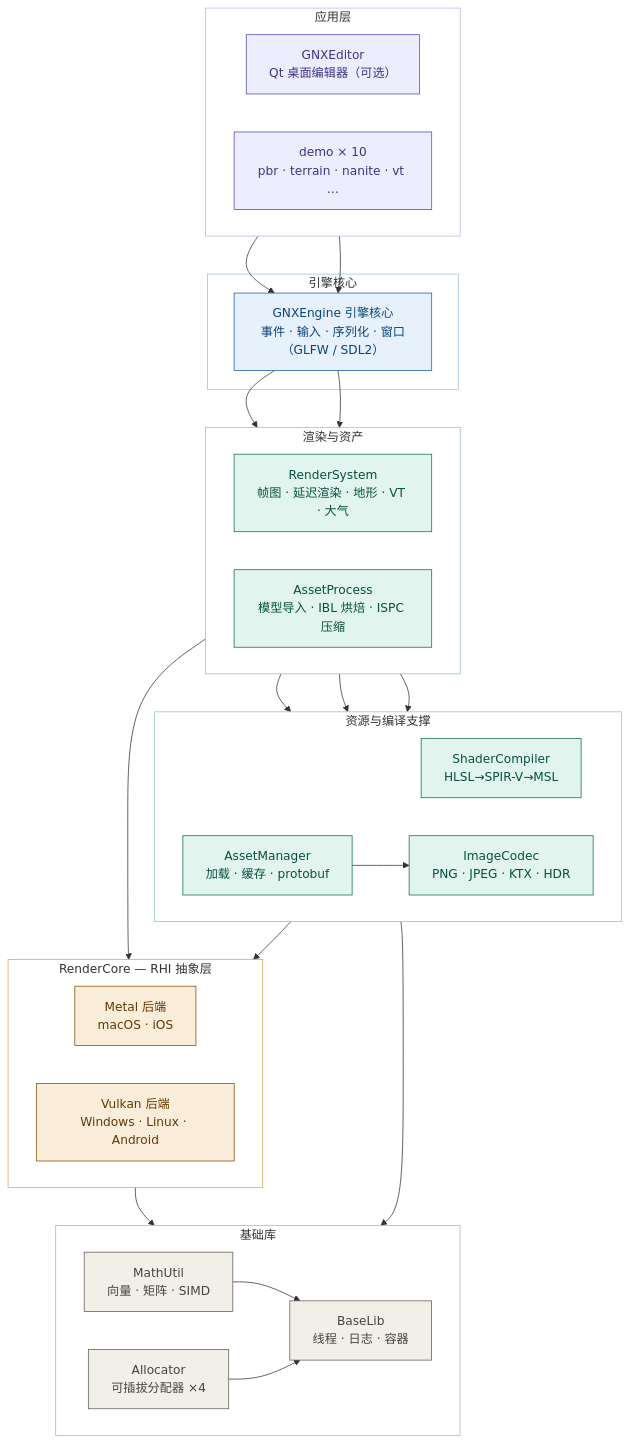
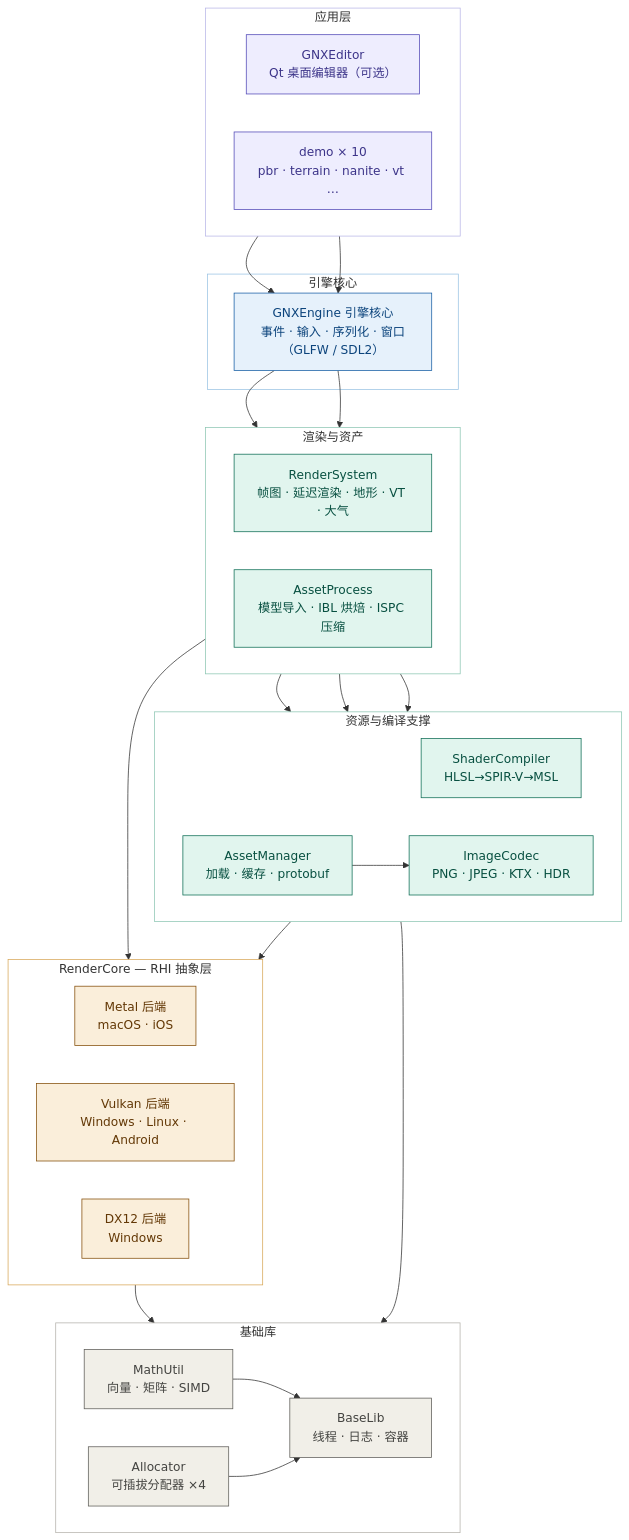
Before and after one commit to zhouxuguang/GNXEngine: the diagram in README.md, drawn with Mermaid. The commit also changed other lines of this file, not shown here.

Commit message:
readme : 架构图补充 DX12 后端

````diff
--- a/README.md
+++ b/README.md
@@ -31,72 +31,73 @@
 ```mermaid
 flowchart TB
     subgraph App["应用层"]
         direction LR
         Editor["GNXEditor<br/>Qt 桌面编辑器（可选）"]
         Demo["demo × 10<br/>pbr · terrain · nanite · vt …"]
     end
 
     subgraph Core["引擎核心"]
         Engine["GNXEngine 引擎核心<br/>事件 · 输入 · 序列化 · 窗口（GLFW / SDL2）"]
     end
 
     subgraph Feature["渲染与资产"]
         direction LR
         RenderSystem["RenderSystem<br/>帧图 · 延迟渲染 · 地形 · VT · 大气"]
         AssetProcess["AssetProcess<br/>模型导入 · IBL 烘焙 · ISPC 压缩"]
     end
 
     subgraph Support["资源与编译支撑"]
         direction LR
         ShaderCompiler["ShaderCompiler<br/>HLSL→SPIR-V→MSL"]
         AssetManager["AssetManager<br/>加载 · 缓存 · protobuf"]
         ImageCodec["ImageCodec<br/>PNG · JPEG · KTX · HDR"]
     end
 
     subgraph RHI["RenderCore — RHI 抽象层"]
         direction LR
         Metal["Metal 后端<br/>macOS · iOS"]
         Vulkan["Vulkan 后端<br/>Windows · Linux · Android"]
+        DX12["DX12 后端<br/>Windows"]
     end
 
     subgraph Base["基础库"]
         direction LR
         MathUtil["MathUtil<br/>向量 · 矩阵 · SIMD"]
         Allocator["Allocator<br/>可插拔分配器 ×4"]
         BaseLib["BaseLib<br/>线程 · 日志 · 容器"]
     end
 
     Editor --> Engine
     Demo --> Engine
     Engine --> RenderSystem
     Engine --> AssetProcess
     RenderSystem --> ShaderCompiler
     RenderSystem --> RHI
     AssetProcess --> AssetManager
     AssetProcess --> ImageCodec
     ShaderCompiler --> RHI
     AssetManager --> ImageCodec
     ImageCodec --> MathUtil
     RHI --> BaseLib
     MathUtil --> BaseLib
     Allocator --> BaseLib
 
     classDef app fill:#EEEDFE,stroke:#534AB7,color:#3C3489
     classDef core fill:#E6F1FB,stroke:#185FA5,color:#0C447C
     classDef feature fill:#E1F5EE,stroke:#0F6E56,color:#085041
     classDef rhi fill:#FAEEDA,stroke:#854F0B,color:#633806
     classDef base fill:#F1EFE8,stroke:#5F5E5A,color:#444441
 
     class Editor,Demo app
     class Engine core
     class RenderSystem,AssetProcess,ShaderCompiler,AssetManager,ImageCodec feature
-    class Metal,Vulkan rhi
+    class Metal,Vulkan,DX12 rhi
     class MathUtil,Allocator,BaseLib base
 
     style App fill:#FFFFFF,stroke:#B9B7E8
     style Core fill:#FFFFFF,stroke:#9CC4E4
     style Feature fill:#FFFFFF,stroke:#8FC7B4
     style Support fill:#FFFFFF,stroke:#8FC7B4
     style RHI fill:#FFFFFF,stroke:#D8A85A
     style Base fill:#FFFFFF,stroke:#B5B3AC
 ```
````
